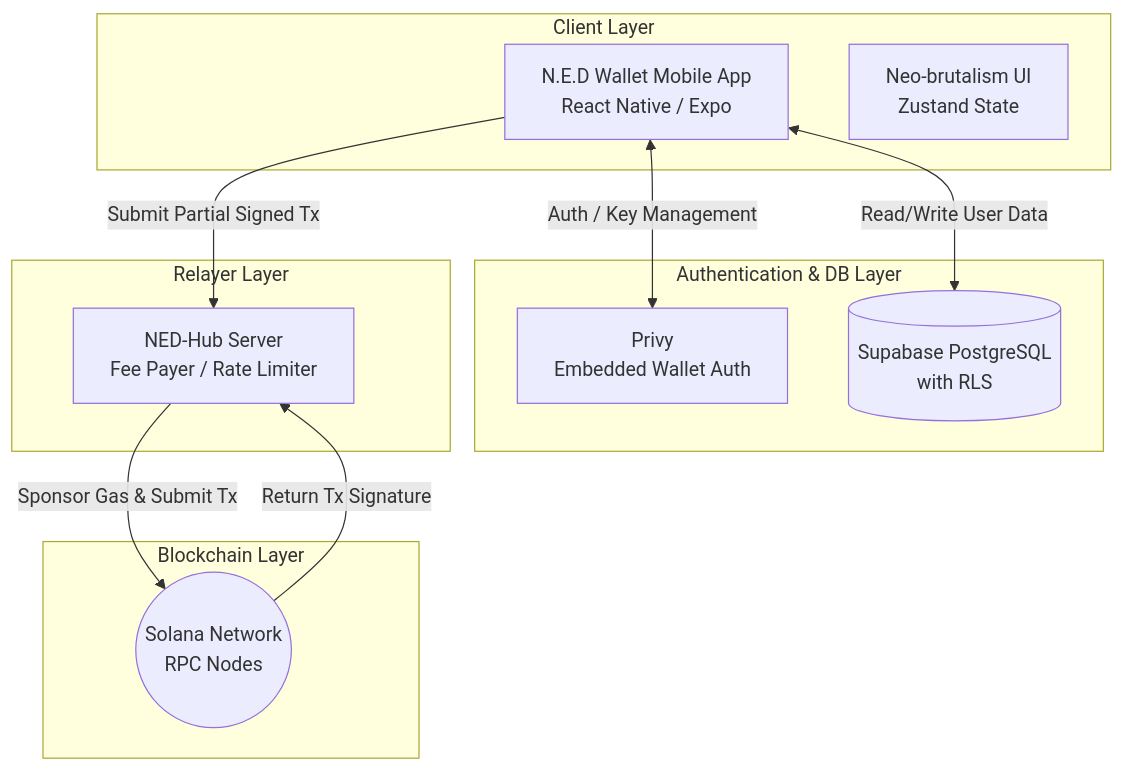
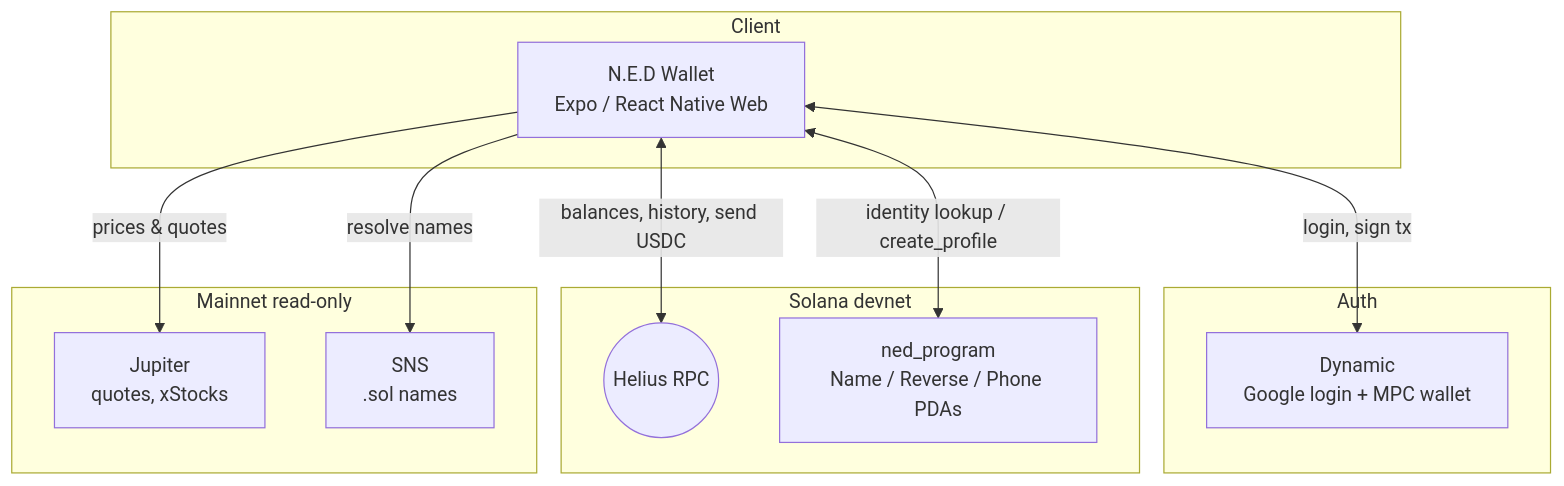
Before and after one commit to Tdat10052499/Unihackfest-2026: the first of 2 diagrams in README.md, drawn with Mermaid. The commit also changed other lines of this file and 4 other files, not shown here.

First line of the commit message:
docs(t0.5): document the backend-free architecture

````diff
--- a/README.md
+++ b/README.md
@@ -94,26 +95,23 @@
 ```mermaid
 graph TD
-    subgraph Client Layer
-        APP[N.E.D Wallet Mobile App\nReact Native / Expo]
-        UI[Neo-brutalism UI\nZustand State]
+    subgraph Client
+        APP[N.E.D Wallet\nExpo / React Native Web]
+    end
+    subgraph Auth
+        DYN[Dynamic\nGoogle login + MPC wallet]
+    end
+    subgraph Solana devnet
+        RPC((Helius RPC))
+        PROG[ned_program\nName / Reverse / Phone PDAs]
+    end
+    subgraph Mainnet read-only
+        JUP[Jupiter\nquotes, xStocks]
+        SNS[SNS\n.sol names]
     end
 
-    subgraph Authentication & DB Layer
-        PRIVY[Privy\nEmbedded Wallet Auth]
-        SUPA[(Supabase PostgreSQL\nwith RLS)]
-    end
-
-    subgraph Relayer Layer
-        HUB[NED-Hub Server\nFee Payer / Rate Limiter]
-    end
-
-    subgraph Blockchain Layer
-        SOL((Solana Network\nRPC Nodes))
-    end
-
-    APP <--> |Auth / Key Management| PRIVY
-    APP <--> |Read/Write User Data| SUPA
-    APP --> |Submit Partial Signed Tx| HUB
-    HUB --> |Sponsor Gas & Submit Tx| SOL
-    SOL --> |Return Tx Signature| HUB
+    APP <--> |login, sign tx| DYN
+    APP <--> |balances, history, send USDC| RPC
+    APP <--> |identity lookup / create_profile| PROG
+    APP --> |prices & quotes| JUP
+    APP --> |resolve names| SNS
 ```
````
